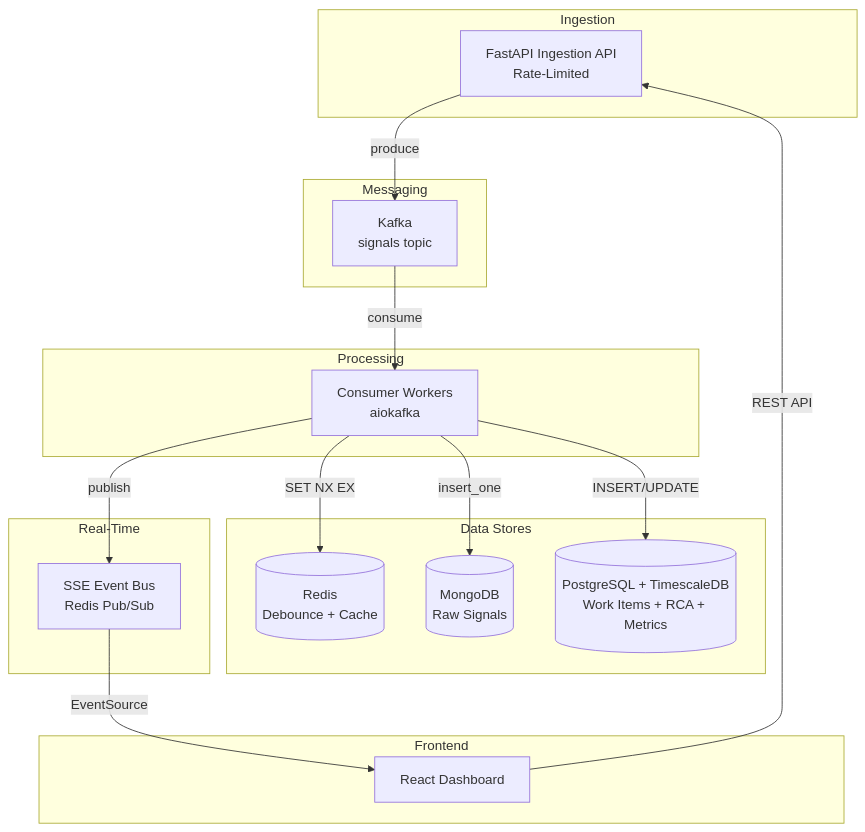
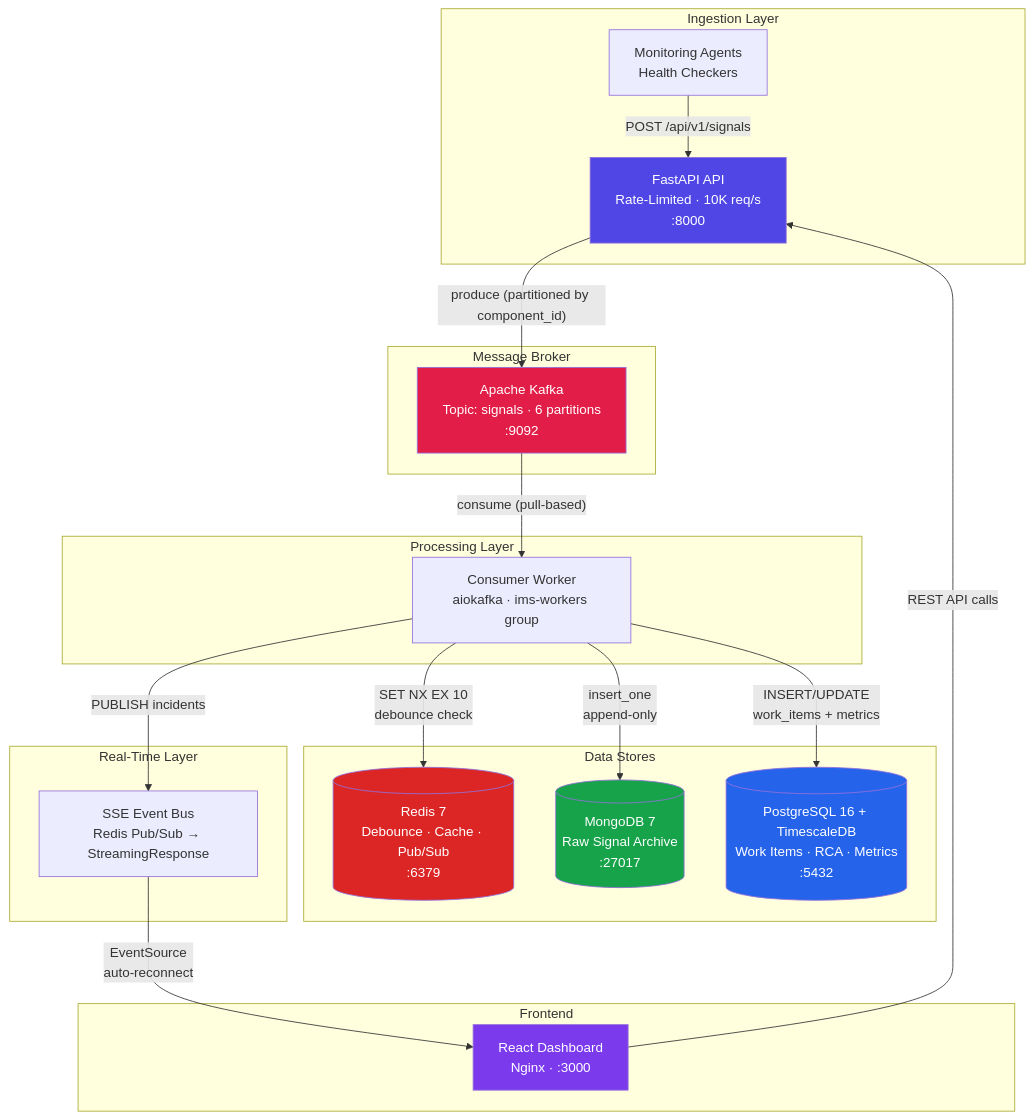
The first of 3 diagrams in README.md (observer04/Cerebro), drawn with Mermaid before and after one commit. The commit also changed other lines of this file and 35 other files, not shown here.

````diff
--- a/README.md
+++ b/README.md
@@ -7,37 +11,46 @@
 ```mermaid
 graph TB
-  subgraph Ingestion
-    API[FastAPI Ingestion API<br/>Rate-Limited]
-  end
+    subgraph Ingestion Layer
+        CLIENT["Monitoring Agents<br/>Health Checkers"]
+        API["FastAPI API<br/>Rate-Limited · 10K req/s<br/>:8000"]
+    end
 
-  subgraph Messaging
-    KF[Kafka<br/>signals topic]
-  end
+    subgraph Message Broker
+        KF["Apache Kafka<br/>Topic: signals · 6 partitions<br/>:9092"]
+    end
 
-  subgraph Processing
-    CW[Consumer Workers<br/>aiokafka]
-  end
+    subgraph Processing Layer
+        CW["Consumer Worker<br/>aiokafka · ims-workers group"]
+    end
 
-  subgraph Data Stores
-    RD[(Redis<br/>Debounce + Cache)]
-    MG[(MongoDB<br/>Raw Signals)]
-    PG[(PostgreSQL + TimescaleDB<br/>Work Items + RCA + Metrics)]
-  end
+    subgraph Data Stores
+        RD[("Redis 7<br/>Debounce · Cache · Pub/Sub<br/>:6379")]
+        MG[("MongoDB 7<br/>Raw Signal Archive<br/>:27017")]
+        PG[("PostgreSQL 16 + TimescaleDB<br/>Work Items · RCA · Metrics<br/>:5432")]
+    end
 
-  subgraph Real-Time
-    SSE[SSE Event Bus<br/>Redis Pub/Sub]
-  end
+    subgraph Real-Time Layer
+        SSE["SSE Event Bus<br/>Redis Pub/Sub → StreamingResponse"]
+    end
 
-  subgraph Frontend
-    RC[React Dashboard]
-  end
+    subgraph Frontend
+        RC["React Dashboard<br/>Nginx · :3000"]
+    end
 
-  API -->|produce| KF
-  KF -->|consume| CW
-  CW -->|SET NX EX| RD
-  CW -->|insert_one| MG
-  CW -->|INSERT/UPDATE| PG
-  CW -->|publish| SSE
-  SSE -->|EventSource| RC
-  RC -->|REST API| API
+    CLIENT -->|"POST /api/v1/signals"| API
+    API -->|"produce (partitioned by component_id)"| KF
+    KF -->|"consume (pull-based)"| CW
+    CW -->|"SET NX EX 10<br/>debounce check"| RD
+    CW -->|"insert_one<br/>append-only"| MG
+    CW -->|"INSERT/UPDATE<br/>work_items + metrics"| PG
+    CW -->|"PUBLISH incidents"| SSE
+    SSE -->|"EventSource<br/>auto-reconnect"| RC
+    RC -->|"REST API calls"| API
+
+    style API fill:#4f46e5,color:#fff
+    style KF fill:#e11d48,color:#fff
+    style RD fill:#dc2626,color:#fff
+    style MG fill:#16a34a,color:#fff
+    style PG fill:#2563eb,color:#fff
+    style RC fill:#7c3aed,color:#fff
 ```
````
